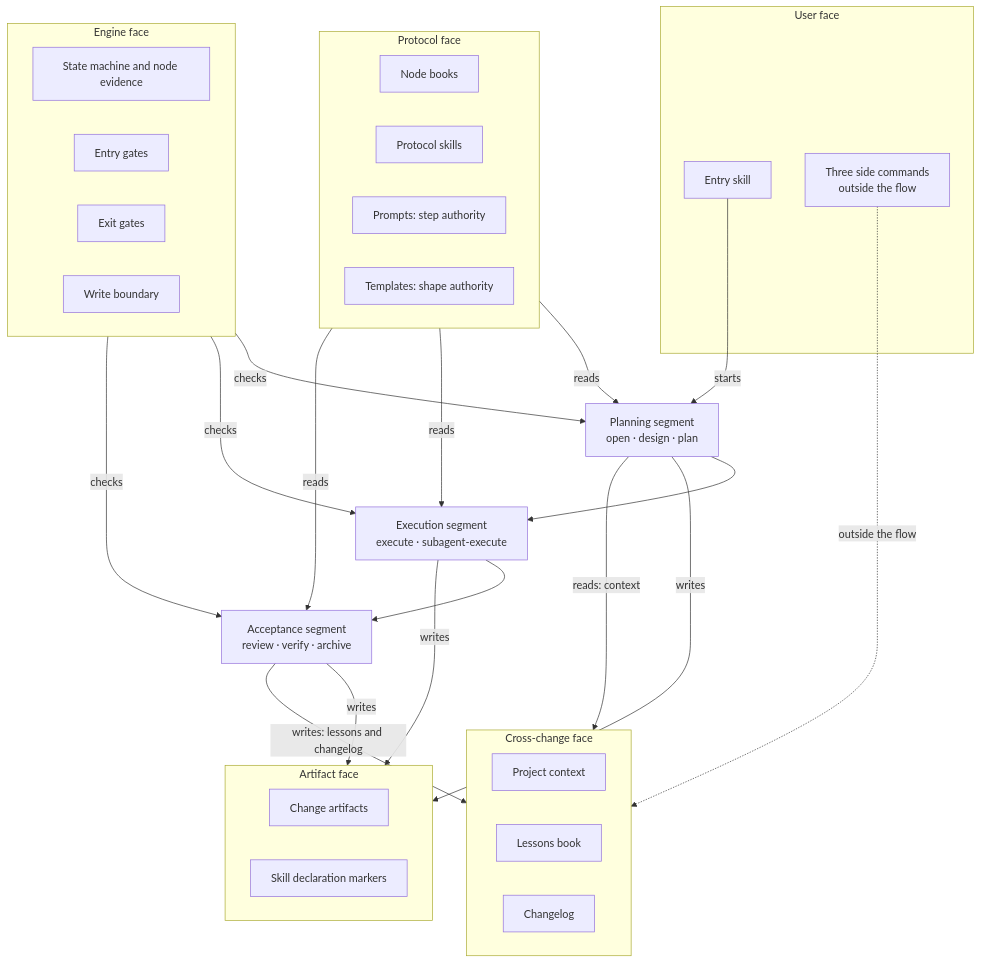
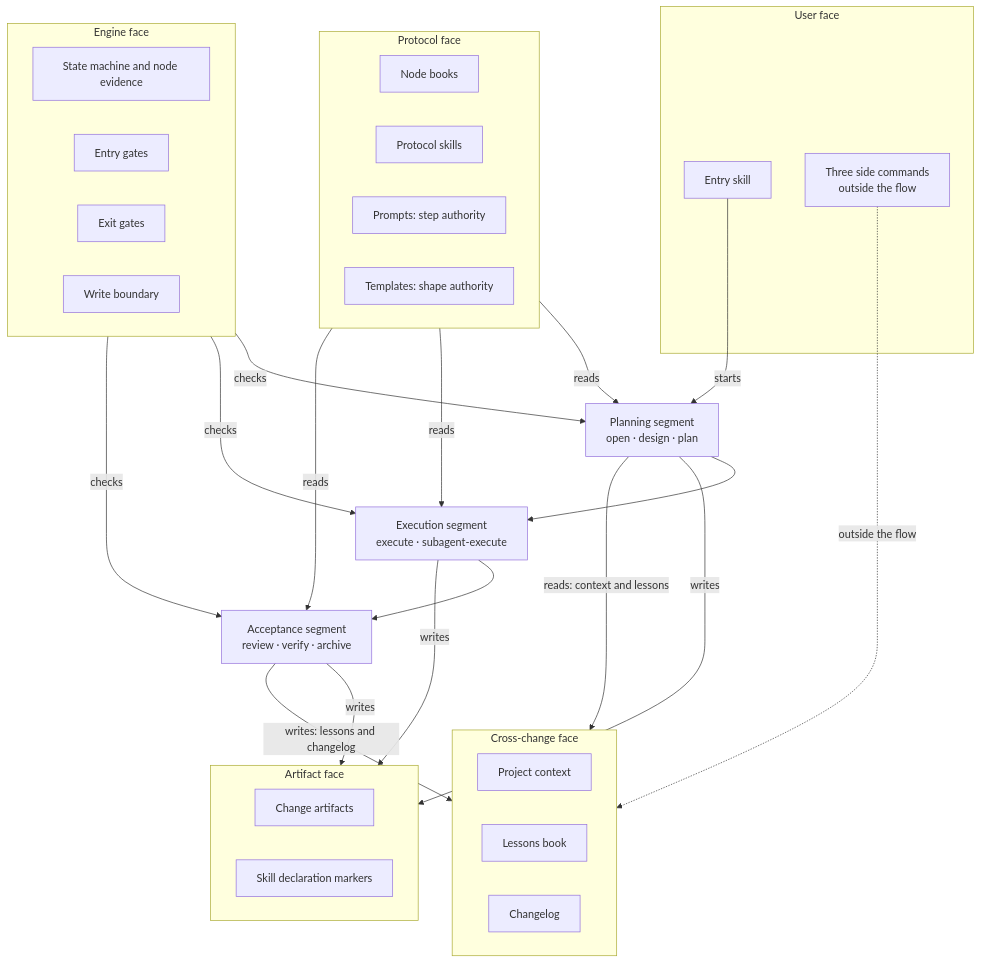
Before and after one commit to baobaolaodie/flow-comet: the second of 7 diagrams in docs/NODES.md, drawn with Mermaid. The commit also changed other lines of this file and 4 other files, not shown here.

````diff
--- a/docs/NODES.md
+++ b/docs/NODES.md
@@ -51,40 +51,40 @@
 ```mermaid
 flowchart TB
   subgraph USER["User face"]
     U1["Entry skill"]
     U2["Three side commands<br/>outside the flow"]
   end
   subgraph PROTO["Protocol face"]
     PT1["Node books"]
     PT2["Protocol skills"]
     PT3["Prompts: step authority"]
     PT4["Templates: shape authority"]
   end
   subgraph ENGINE["Engine face"]
     E1["State machine and node evidence"]
     E2["Entry gates"]
     E3["Exit gates"]
     E4["Write boundary"]
   end
   subgraph ARTIFACT["Artifact face"]
     A1["Change artifacts"]
     A2["Skill declaration markers"]
   end
   subgraph CROSS["Cross-change face"]
     K1["Project context"]
     K2["Lessons book"]
     K3["Changelog"]
   end
   C1["Planning segment<br/>open · design · plan"]
   C2["Execution segment<br/>execute · subagent-execute"]
   C3["Acceptance segment<br/>review · verify · archive"]
   U1 -->|"starts"| C1
   C1 --> C2
   C2 --> C3
   PROTO -->|"reads"| C1 & C2 & C3
   ENGINE -->|"checks"| C1 & C2 & C3
   C1 & C2 & C3 -->|"writes"| ARTIFACT
-  C1 -->|"reads: context"| CROSS
+  C1 -->|"reads: context and lessons"| CROSS
   C3 -->|"writes: lessons and changelog"| CROSS
   U2 -. "outside the flow" .-> CROSS
 ```
````
